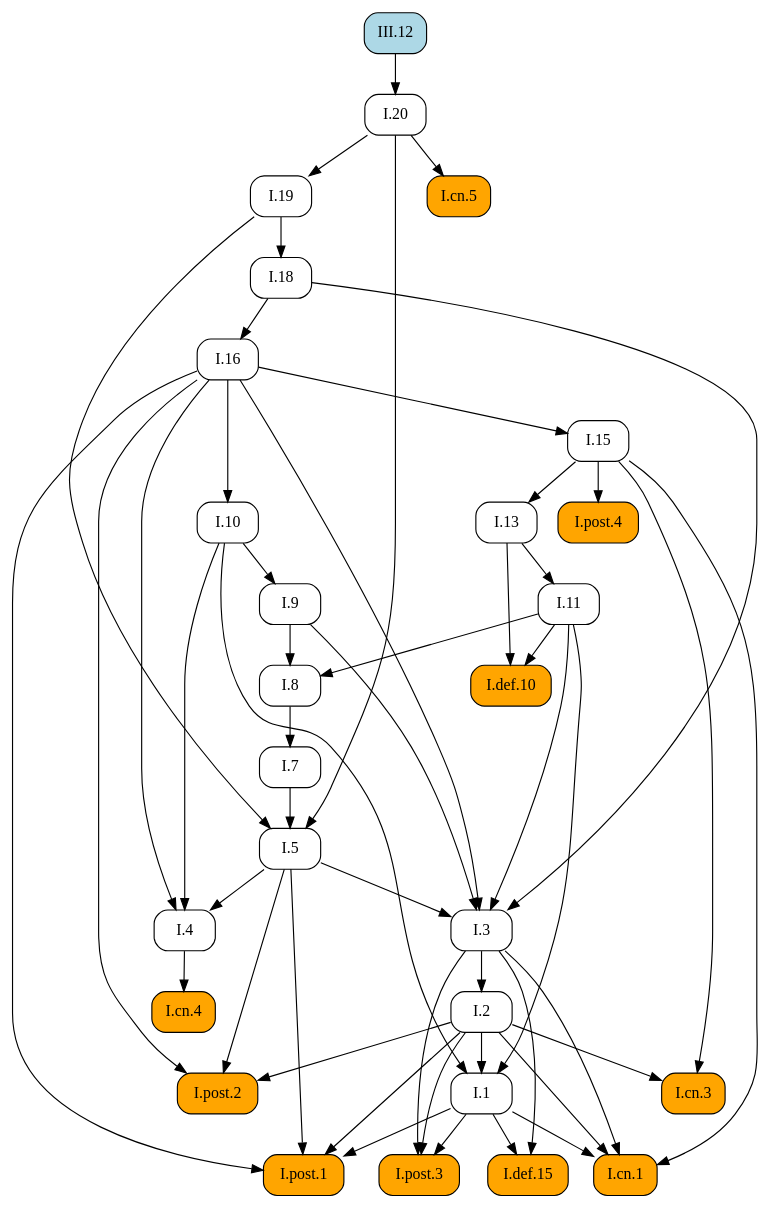
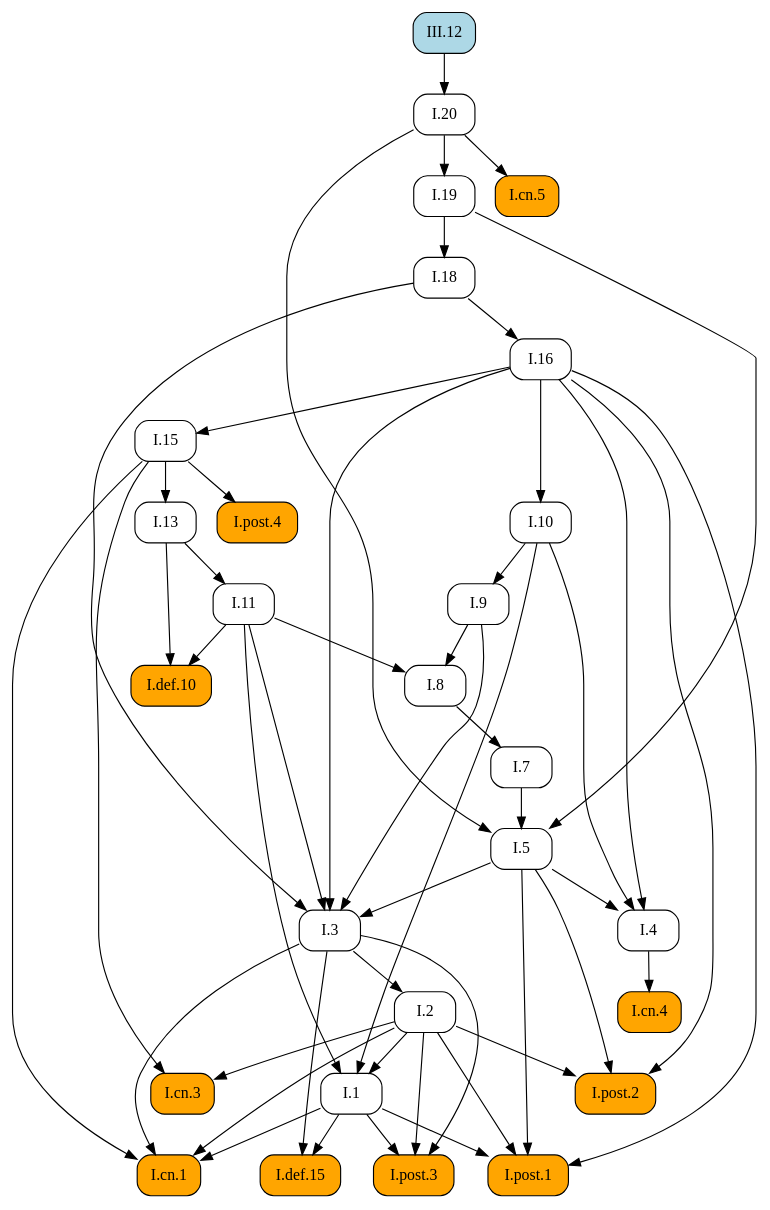
The diagram in docsrc/elements2/III/12/index.rst (geometor/elements), drawn with Graphviz before and after one commit. The commit also changed other lines of this file and 171 other files, not shown here.

```diff
--- a/docsrc/elements2/III/12/index.rst
+++ b/docsrc/elements2/III/12/index.rst
@@ -67,81 +67,81 @@
    digraph {
      rankdir="TB";
      node [shape=box, style=rounded];
+     "I.8" [URL="/elements2/I/8/", target="_top"];
+     "I.19" [URL="/elements2/I/19/", target="_top"];
+     "III.12" [style="rounded,filled", fillcolor=lightblue, URL="/elements2/III/12/", target="_top"];
+     "I.1" [URL="/elements2/I/1/", target="_top"];
+     "I.cn.4" [style="rounded,filled", fillcolor=orange, URL="/elements2/I/cn.4/", target="_top"];
+     "I.cn.3" [style="rounded,filled", fillcolor=orange, URL="/elements2/I/cn.3/", target="_top"];
+     "I.7" [URL="/elements2/I/7/", target="_top"];
+     "I.post.1" [style="rounded,filled", fillcolor=orange, URL="/elements2/I/post.1/", target="_top"];
+     "I.9" [URL="/elements2/I/9/", target="_top"];
+     "I.5" [URL="/elements2/I/5/", target="_top"];
+     "I.cn.1" [style="rounded,filled", fillcolor=orange, URL="/elements2/I/cn.1/", target="_top"];
      "I.16" [URL="/elements2/I/16/", target="_top"];
      "I.def.10" [style="rounded,filled", fillcolor=orange, URL="/elements2/I/def.10/", target="_top"];
-     "I.9" [URL="/elements2/I/9/", target="_top"];
      "I.18" [URL="/elements2/I/18/", target="_top"];
+     "I.13" [URL="/elements2/I/13/", target="_top"];
+     "I.post.4" [style="rounded,filled", fillcolor=orange, URL="/elements2/I/post.4/", target="_top"];
+     "I.2" [URL="/elements2/I/2/", target="_top"];
+     "I.def.15" [style="rounded,filled", fillcolor=orange, URL="/elements2/I/def.15/", target="_top"];
+     "I.cn.5" [style="rounded,filled", fillcolor=orange, URL="/elements2/I/cn.5/", target="_top"];
+     "I.4" [URL="/elements2/I/4/", target="_top"];
+     "I.11" [URL="/elements2/I/11/", target="_top"];
+     "I.10" [URL="/elements2/I/10/", target="_top"];
+     "I.15" [URL="/elements2/I/15/", target="_top"];
      "I.20" [URL="/elements2/I/20/", target="_top"];
-     "I.2" [URL="/elements2/I/2/", target="_top"];
-     "I.8" [URL="/elements2/I/8/", target="_top"];
-     "I.15" [URL="/elements2/I/15/", target="_top"];
-     "I.def.15" [style="rounded,filled", fillcolor=orange, URL="/elements2/I/def.15/", target="_top"];
-     "I.cn.4" [style="rounded,filled", fillcolor=orange, URL="/elements2/I/cn.4/", target="_top"];
+     "I.3" [URL="/elements2/I/3/", target="_top"];
+     "I.post.2" [style="rounded,filled", fillcolor=orange, URL="/elements2/I/post.2/", target="_top"];
      "I.post.3" [style="rounded,filled", fillcolor=orange, URL="/elements2/I/post.3/", target="_top"];
-     "III.12" [style="rounded,filled", fillcolor=lightblue, URL="/elements2/III/12/", target="_top"];
-     "I.1" [URL="/elements2/I/1/", target="_top"];
-     "I.post.2" [style="rounded,filled", fillcolor=orange, URL="/elements2/I/post.2/", target="_top"];
-     "I.13" [URL="/elements2/I/13/", target="_top"];
-     "I.10" [URL="/elements2/I/10/", target="_top"];
-     "I.post.1" [style="rounded,filled", fillcolor=orange, URL="/elements2/I/post.1/", target="_top"];
-     "I.7" [URL="/elements2/I/7/", target="_top"];
-     "I.post.4" [style="rounded,filled", fillcolor=orange, URL="/elements2/I/post.4/", target="_top"];
-     "I.cn.1" [style="rounded,filled", fillcolor=orange, URL="/elements2/I/cn.1/", target="_top"];
-     "I.3" [URL="/elements2/I/3/", target="_top"];
-     "I.cn.3" [style="rounded,filled", fillcolor=orange, URL="/elements2/I/cn.3/", target="_top"];
-     "I.cn.5" [style="rounded,filled", fillcolor=orange, URL="/elements2/I/cn.5/", target="_top"];
-     "I.11" [URL="/elements2/I/11/", target="_top"];
-     "I.19" [URL="/elements2/I/19/", target="_top"];
-     "I.5" [URL="/elements2/I/5/", target="_top"];
-     "I.4" [URL="/elements2/I/4/", target="_top"];
-     "I.18" -> "I.16";
-     "I.11" -> "I.def.10";
-     "I.13" -> "I.def.10";
-     "I.10" -> "I.9";
-     "I.19" -> "I.18";
-     "III.12" -> "I.20";
-     "I.3" -> "I.2";
      "I.9" -> "I.8";
      "I.11" -> "I.8";
-     "I.16" -> "I.15";
-     "I.1" -> "I.def.15";
-     "I.3" -> "I.def.15";
-     "I.4" -> "I.cn.4";
-     "I.1" -> "I.post.3";
-     "I.2" -> "I.post.3";
-     "I.3" -> "I.post.3";
+     "I.20" -> "I.19";
      "I.2" -> "I.1";
      "I.10" -> "I.1";
      "I.11" -> "I.1";
-     "I.2" -> "I.post.2";
-     "I.5" -> "I.post.2";
-     "I.16" -> "I.post.2";
-     "I.15" -> "I.13";
-     "I.16" -> "I.10";
+     "I.4" -> "I.cn.4";
+     "I.2" -> "I.cn.3";
+     "I.15" -> "I.cn.3";
+     "I.8" -> "I.7";
      "I.1" -> "I.post.1";
      "I.2" -> "I.post.1";
      "I.5" -> "I.post.1";
      "I.16" -> "I.post.1";
-     "I.8" -> "I.7";
-     "I.15" -> "I.post.4";
+     "I.10" -> "I.9";
+     "I.7" -> "I.5";
+     "I.19" -> "I.5";
+     "I.20" -> "I.5";
      "I.1" -> "I.cn.1";
      "I.2" -> "I.cn.1";
      "I.3" -> "I.cn.1";
      "I.15" -> "I.cn.1";
+     "I.18" -> "I.16";
+     "I.11" -> "I.def.10";
+     "I.13" -> "I.def.10";
+     "I.19" -> "I.18";
+     "I.15" -> "I.13";
+     "I.15" -> "I.post.4";
+     "I.3" -> "I.2";
+     "I.1" -> "I.def.15";
+     "I.3" -> "I.def.15";
+     "I.20" -> "I.cn.5";
+     "I.5" -> "I.4";
+     "I.10" -> "I.4";
+     "I.16" -> "I.4";
+     "I.13" -> "I.11";
+     "I.16" -> "I.10";
+     "I.16" -> "I.15";
+     "III.12" -> "I.20";
      "I.5" -> "I.3";
      "I.9" -> "I.3";
      "I.11" -> "I.3";
      "I.16" -> "I.3";
      "I.18" -> "I.3";
-     "I.2" -> "I.cn.3";
-     "I.15" -> "I.cn.3";
-     "I.20" -> "I.cn.5";
-     "I.13" -> "I.11";
-     "I.20" -> "I.19";
-     "I.7" -> "I.5";
-     "I.19" -> "I.5";
-     "I.20" -> "I.5";
-     "I.5" -> "I.4";
-     "I.10" -> "I.4";
-     "I.16" -> "I.4";
+     "I.2" -> "I.post.2";
+     "I.5" -> "I.post.2";
+     "I.16" -> "I.post.2";
+     "I.1" -> "I.post.3";
+     "I.2" -> "I.post.3";
+     "I.3" -> "I.post.3";
    }
```
